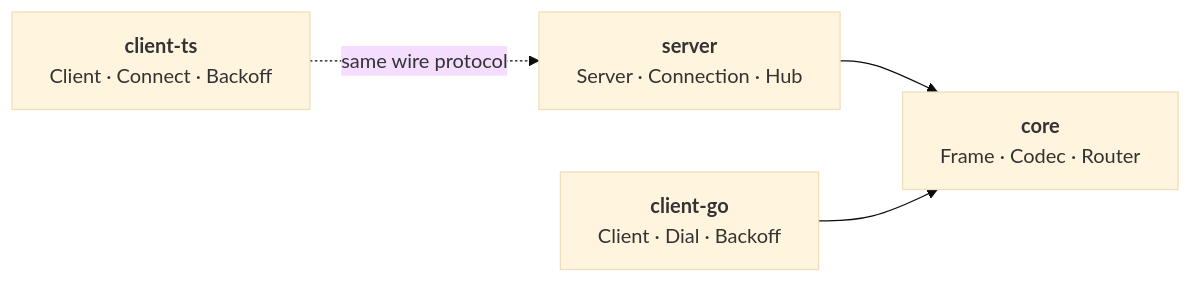
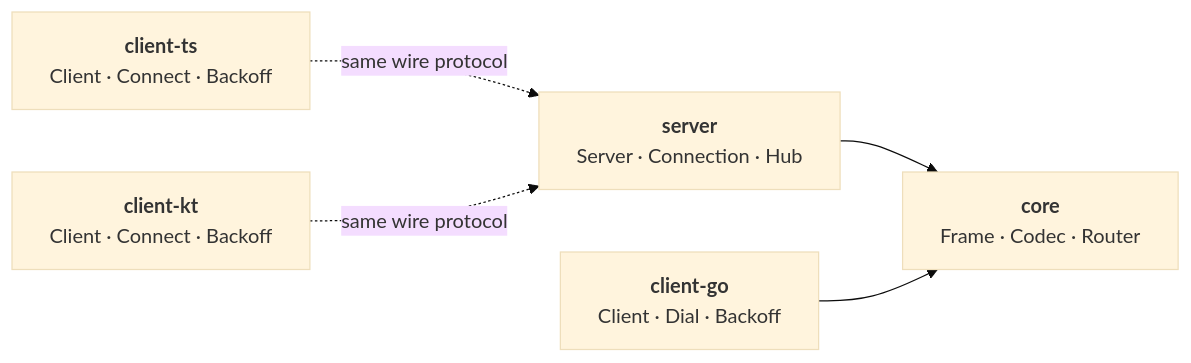
Before and after one commit to wspulse/.github: the diagram in profile/README.md, drawn with Mermaid (base theme). The commit also changed other lines of this file and 1 other file, not shown here.

Commit message:
docs: update README to include Kotlin client and clarify project status

````diff
--- a/profile/README.md
+++ b/profile/README.md
@@ -7,10 +7,12 @@
 ```mermaid
 graph LR
     core["<b>core</b><br/>Frame · Codec · Router"]
     server["<b>server</b><br/>Server · Connection · Hub"]
     client-go["<b>client-go</b><br/>Client · Dial · Backoff"]
     client-ts["<b>client-ts</b><br/>Client · Connect · Backoff"]
+    client-kt["<b>client-kt</b><br/>Client · Connect · Backoff"]
     server --> core
     client-go --> core
     client-ts -. "same wire protocol" .-> server
+    client-kt -. "same wire protocol" .-> server
 ```
````
